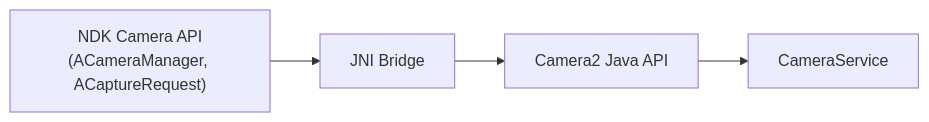
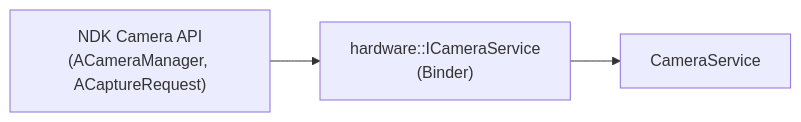
Before and after one commit to aospbooks/aosp-internal-book: diagram 15 of 34 in 16-media-and-camera.md, drawn with Mermaid. The commit also changed other lines of this file and 218 other files, not shown here.

````diff
--- a/16-media-and-camera.md
+++ b/16-media-and-camera.md
@@ -2174,11 +2206,9 @@
 ```mermaid
 graph LR
     NDK["NDK Camera API<br/>(ACameraManager, ACaptureRequest)"]
-    JNI["JNI Bridge"]
-    Java["Camera2 Java API"]
+    ICS["hardware::ICameraService<br/>(Binder)"]
     CS["CameraService"]
 
-    NDK --> JNI
-    JNI --> Java
-    Java --> CS
+    NDK --> ICS
+    ICS --> CS
 ```
````
